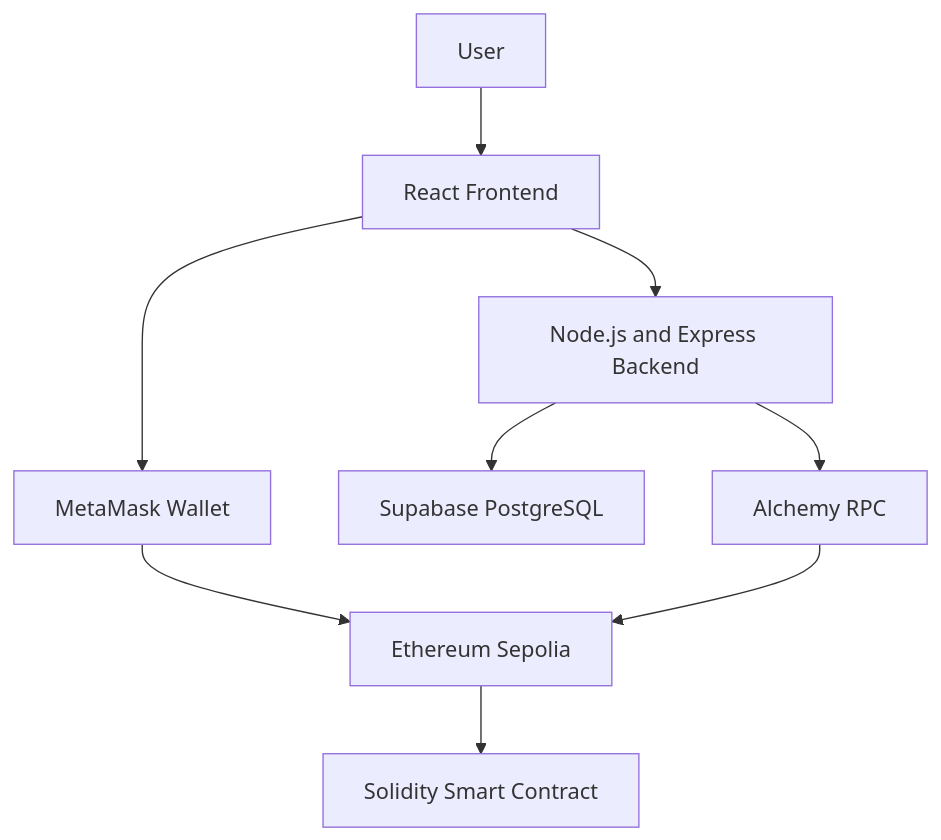
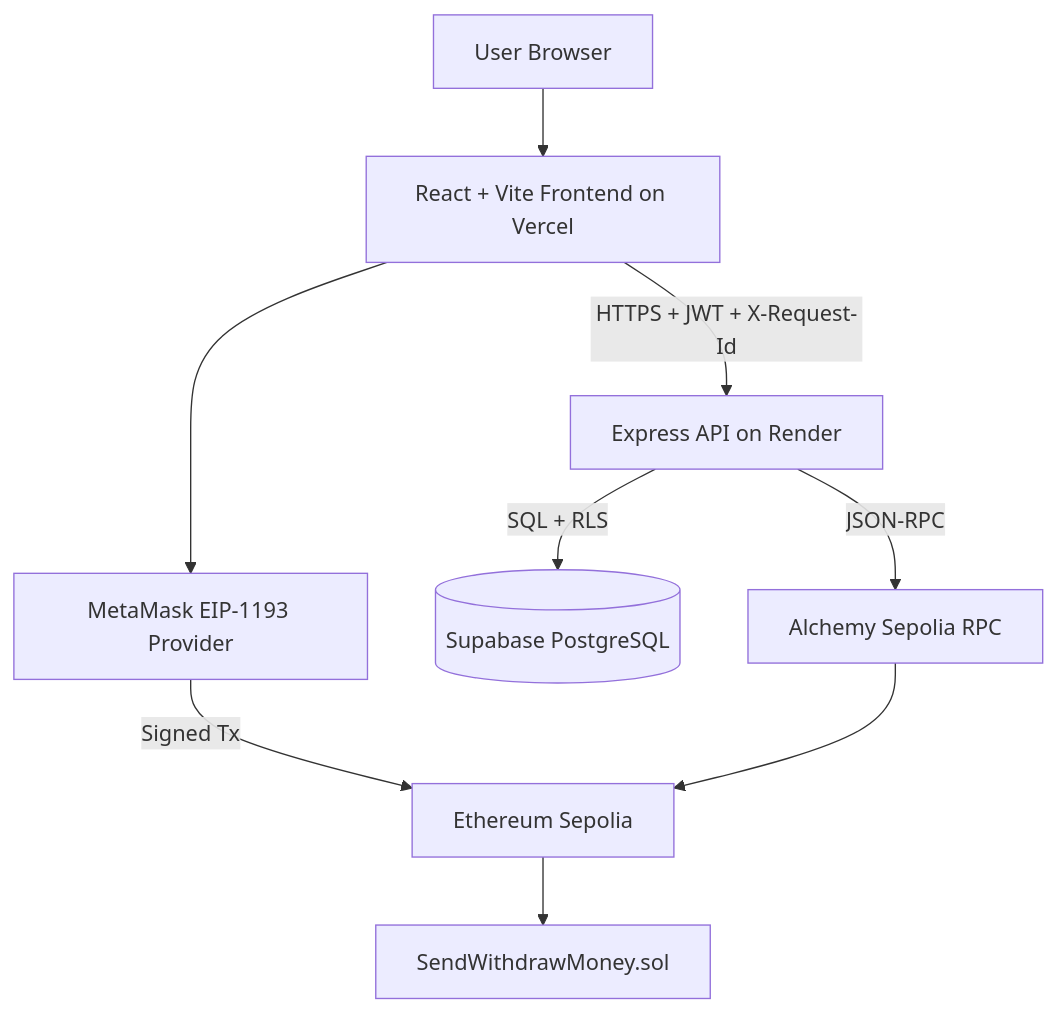
Before and after one commit to Sidhant322129/eth-wallet-dapp: the first of 5 diagrams in README.md, drawn with Mermaid. The commit also changed other lines of this file, not shown here.

````diff
--- a/README.md
+++ b/README.md
@@ -42,11 +60,11 @@
 ```mermaid
 flowchart TD
-    U[User] --> F[React Frontend]
-    F --> M[MetaMask Wallet]
-    F --> B[Node.js and Express Backend]
-    M --> E[Ethereum Sepolia]
-    B --> D[Supabase PostgreSQL]
-    B --> A[Alchemy RPC]
+    U[User Browser] --> F[React + Vite Frontend on Vercel]
+    F --> M[MetaMask EIP-1193 Provider]
+    F -->|HTTPS + JWT + X-Request-Id| B[Express API on Render]
+    M -->|Signed Tx| E[Ethereum Sepolia]
+    B -->|SQL + RLS| D[(Supabase PostgreSQL)]
+    B -->|JSON-RPC| A[Alchemy Sepolia RPC]
     A --> E
-    E --> S[Solidity Smart Contract]
+    E --> S[SendWithdrawMoney.sol]
 ```
````
